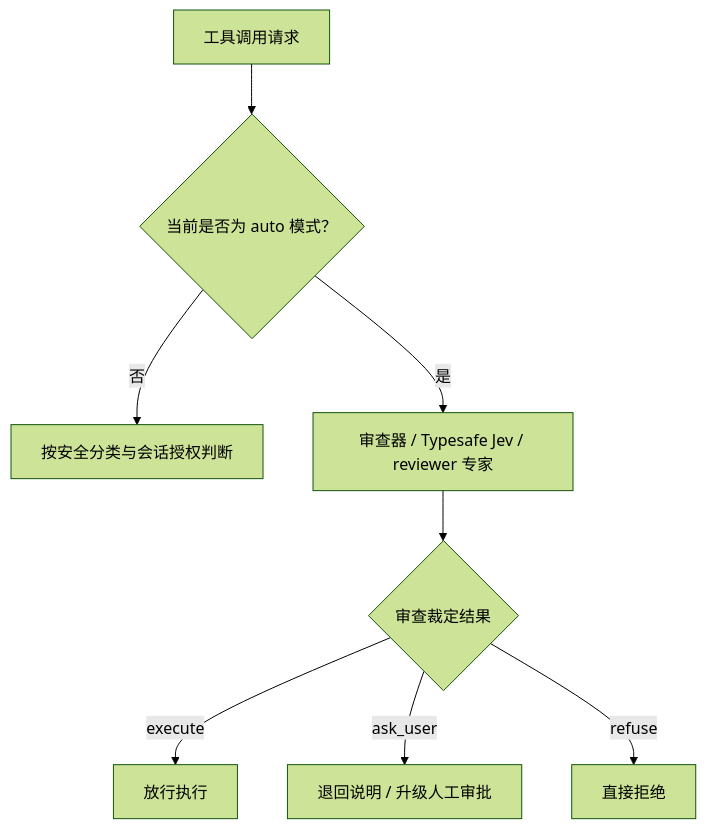
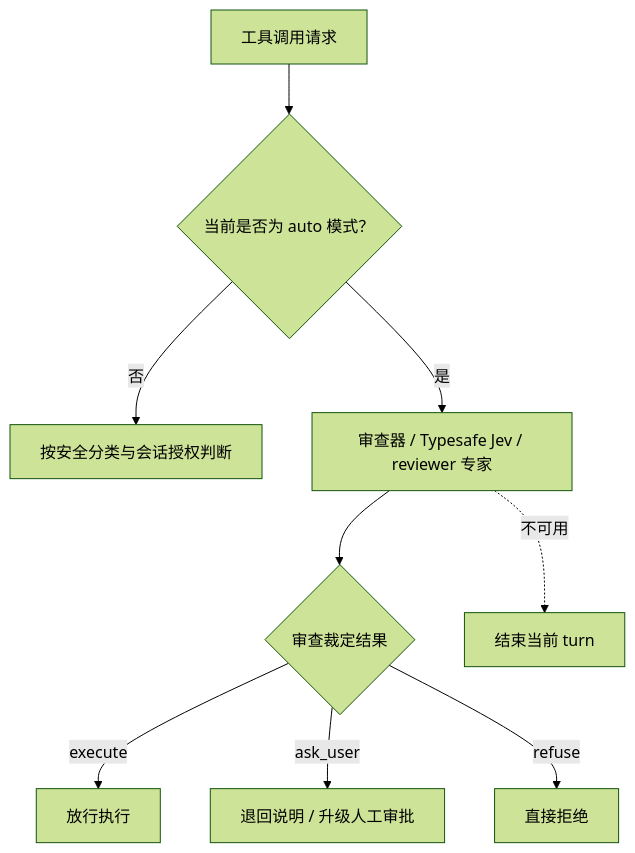
Before and after one commit to letr007/letcode: the diagram in docs/components/permission.md, drawn with Mermaid (forest theme). The commit also changed other lines of this file and 5 other files, not shown here.

First line of the commit message:
fix(permission): fail the turn when the auto reviewer cannot decide

````diff
--- a/docs/components/permission.md
+++ b/docs/components/permission.md
@@ -49,10 +49,11 @@
 ```mermaid
 flowchart TD
     ToolCall[工具调用请求] --> ModeCheck{当前是否为 auto 模式？}
     ModeCheck -->|否| DefaultRule[按安全分类与会话授权判断]
     ModeCheck -->|是| Reviewer[审查器 / Typesafe Jev / reviewer 专家]
     Reviewer --> Decision{审查裁定结果}
     Decision -->|execute| Allow[放行执行]
     Decision -->|ask_user| Prompt[退回说明 / 升级人工审批]
     Decision -->|refuse| Reject[直接拒绝]
+    Reviewer -.->|不可用| Failed[结束当前 turn]
 ```
````
